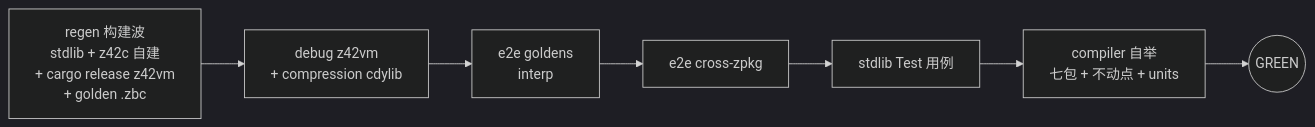
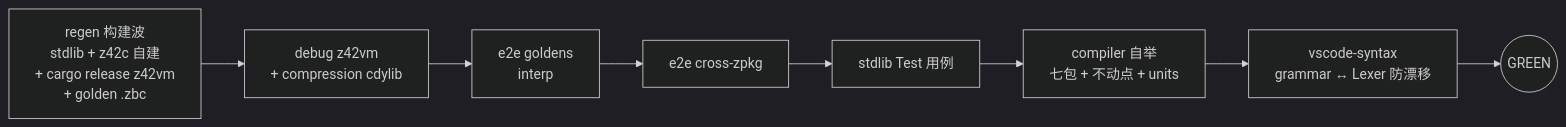
One commit to z42-lang/z42 changed the diagram in docs/book/src/dev/test-gate.md. Above: the diagram before and after it, drawn with Mermaid (dark theme). The commit also changed other lines of this file and 23 other files, not shown here.

````diff
--- a/docs/book/src/dev/test-gate.md
+++ b/docs/book/src/dev/test-gate.md
@@ -35,9 +35,10 @@
 ```mermaid
 graph LR
     R[regen 构建波<br/>stdlib + z42c 自建<br/>+ cargo release z42vm<br/>+ golden .zbc] --> D[debug z42vm<br/>+ compression cdylib]
     D --> S1[e2e goldens<br/>interp]
     S1 --> S2[e2e cross-zpkg]
     S2 --> S3[stdlib Test 用例]
     S3 --> S4[compiler 自举<br/>七包 + 不动点 + units]
-    S4 --> G((GREEN))
+    S4 --> S5[vscode-syntax<br/>grammar ↔ Lexer 防漂移]
+    S5 --> G((GREEN))
 ```
````
